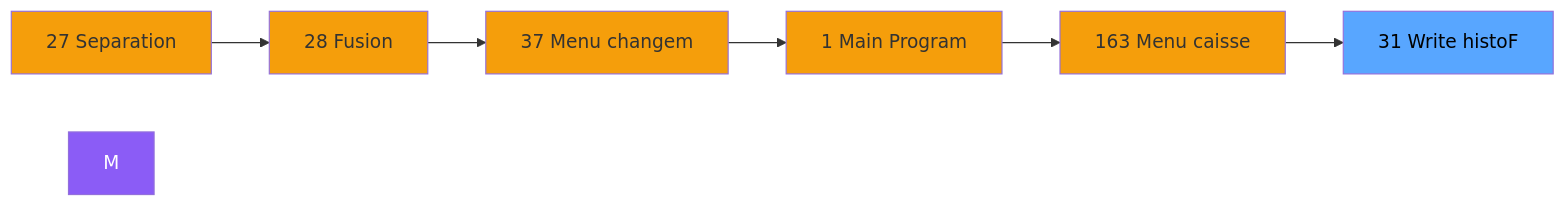
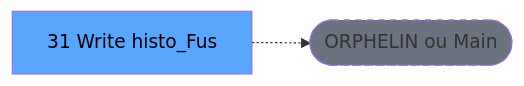
One commit to thonyAGP/lecteur-magic changed the second of 3 diagrams in .openspec/specs/ADH-IDE-31.md. Above: the diagram before and after it, drawn with Mermaid. The commit also changed other lines of this file and 701 other files, not shown here.

````diff
--- a/.openspec/specs/ADH-IDE-31.md
+++ b/.openspec/specs/ADH-IDE-31.md
@@ -111,21 +117,8 @@
 ```mermaid
 graph LR
-    N27[27 Separation]
-    N28[28 Fusion]
-    N37[37 Menu changem]
-    N1[1 Main Program]
-    N163[163 Menu caisse ]
-    T[31 Write histoF]
-    N27 --> N28
-    N28 --> N37
-    N37 --> N1
-    N1 --> N163
-    N163 --> T
-    style M fill:#8b5cf6,color:#fff
-    style N27 fill:#f59e0b
-    style N28 fill:#f59e0b
-    style N37 fill:#f59e0b
-    style N1 fill:#f59e0b
-    style N163 fill:#f59e0b
+    T[31 Write histo_Fus]
+    ORPHAN([ORPHELIN ou Main])
+    T -.-> ORPHAN
     style T fill:#58a6ff,color:#000
+    style ORPHAN fill:#6b7280,stroke-dasharray: 5 5
 ```
````
